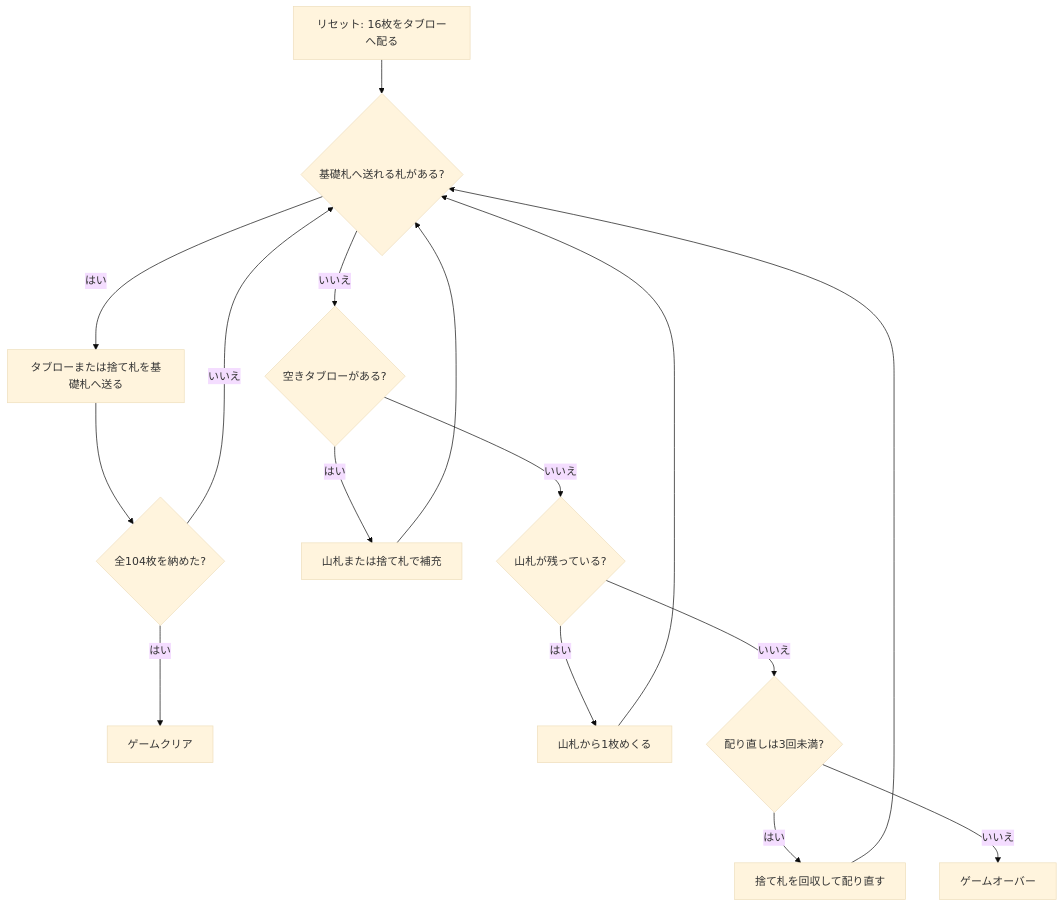
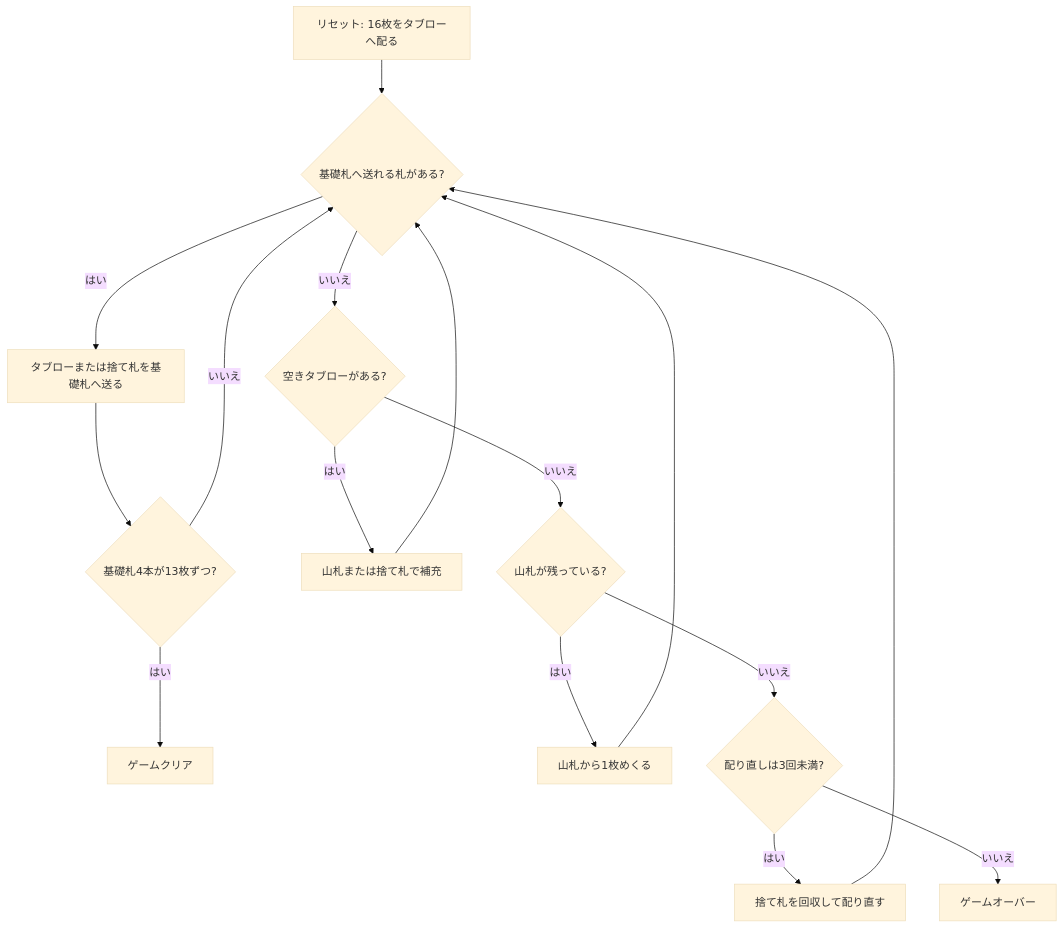
The diagram in docs/manual/cui/matrimony.md (yuta-yoshinaga/go_trumpcards), drawn with Mermaid (base theme) before and after one commit. The commit also changed other lines of this file and 9 other files, not shown here.

````diff
--- a/docs/manual/cui/matrimony.md
+++ b/docs/manual/cui/matrimony.md
@@ -29,18 +29,18 @@
 ```mermaid
 flowchart TD
     A[リセット: 16枚をタブローへ配る] --> B{基礎札へ送れる札がある?}
     B -- はい --> C[タブローまたは捨て札を基礎札へ送る]
-    C --> D{全104枚を納めた?}
+    C --> D{基礎札4本が13枚ずつ?}
     D -- はい --> E[ゲームクリア]
     D -- いいえ --> B
     B -- いいえ --> F{空きタブローがある?}
     F -- はい --> G[山札または捨て札で補充]
     G --> B
     F -- いいえ --> H{山札が残っている?}
     H -- はい --> I[山札から1枚めくる]
     I --> B
     H -- いいえ --> J{配り直しは3回未満?}
     J -- はい --> K[捨て札を回収して配り直す]
     K --> B
     J -- いいえ --> L[ゲームオーバー]
 ```
````
